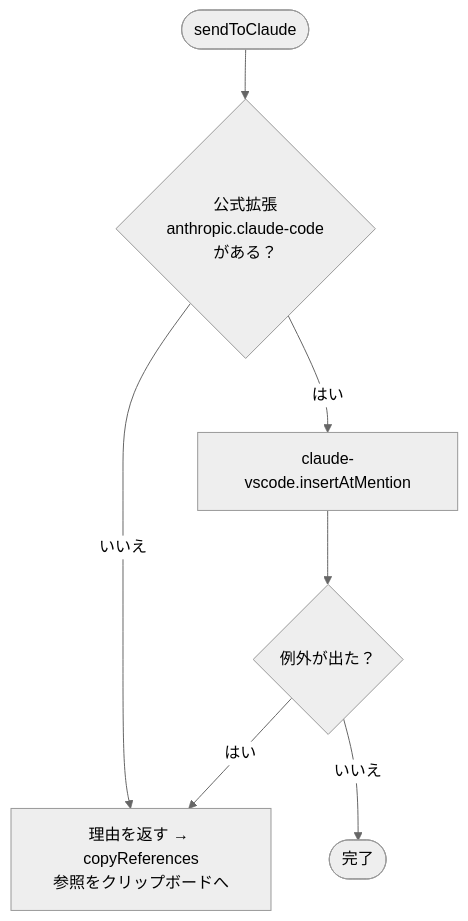
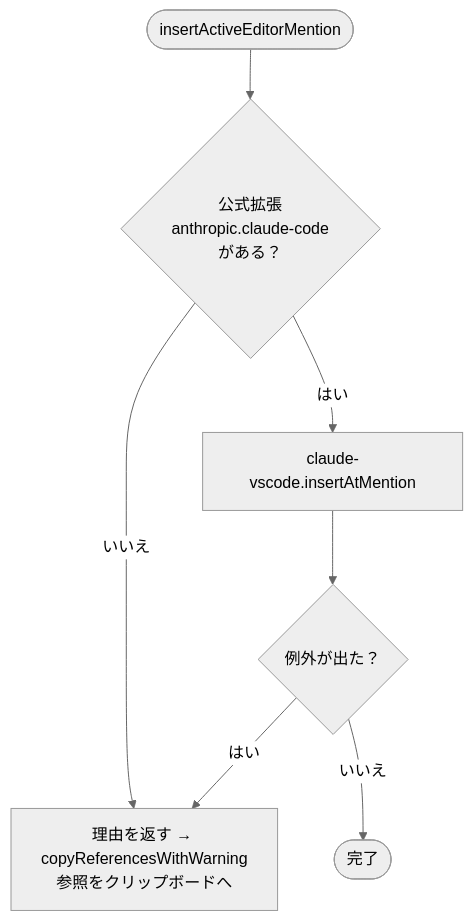
One commit to kip2/refs-to-chat changed the sixth of 7 diagrams in docs/ARCHITECTURE.md. Above: the diagram before and after it, drawn with Mermaid (neutral theme). The commit also changed other lines of this file and 13 other files, not shown here.

````diff
--- a/docs/ARCHITECTURE.md
+++ b/docs/ARCHITECTURE.md
@@ -200,9 +217,9 @@
 ```mermaid
 flowchart TD
-  S([sendToClaude]) --> Q1{公式拡張<br/>anthropic.claude-code<br/>がある？}
-  Q1 -- いいえ --> F[理由を返す → copyReferences<br/>参照をクリップボードへ]
+  S([insertActiveEditorMention]) --> Q1{公式拡張<br/>anthropic.claude-code<br/>がある？}
+  Q1 -- いいえ --> F[理由を返す → copyReferencesWithWarning<br/>参照をクリップボードへ]
   Q1 -- はい --> P[claude-vscode.insertAtMention]
   P --> Q3{例外が出た？}
   Q3 -- はい --> F
   Q3 -- いいえ --> OK([完了])
 ```
````
